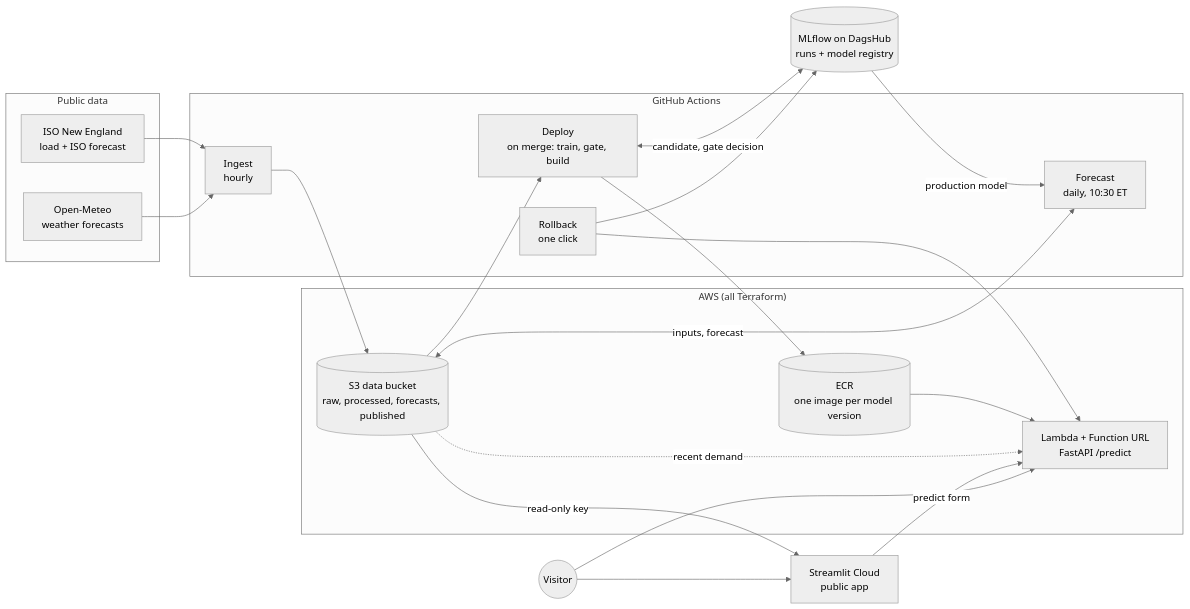
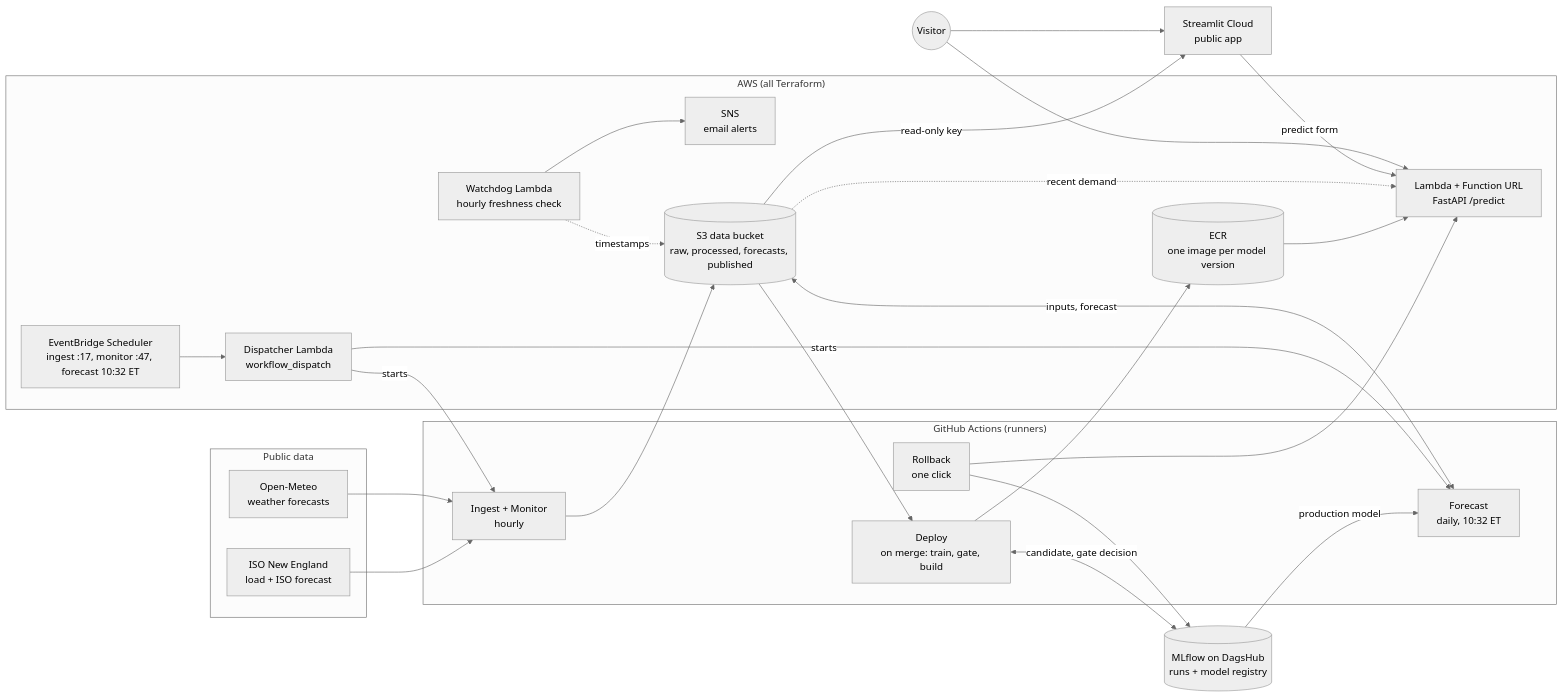
Before and after one commit to vladimir-kazarin/ne-demand-forecast: the first of 3 diagrams in README.md, drawn with Mermaid (neutral theme). The commit also changed other lines of this file and 4 other files, not shown here.

First line of the commit message:
Hand all job scheduling to AWS; remove GitHub cron triggers

````diff
--- a/README.md
+++ b/README.md
@@ -29,41 +29,50 @@
 ```mermaid
 flowchart LR
     subgraph SRC["Public data"]
         ISO["ISO New England<br/>load + ISO forecast"]
         OM["Open-Meteo<br/>weather forecasts"]
     end
 
-    subgraph GH["GitHub Actions"]
-        ING["Ingest<br/>hourly"]
-        FC["Forecast<br/>daily, 10:30 ET"]
+    subgraph GH["GitHub Actions (runners)"]
+        ING["Ingest + Monitor<br/>hourly"]
+        FC["Forecast<br/>daily, 10:32 ET"]
         DEP["Deploy<br/>on merge: train, gate, build"]
         RB["Rollback<br/>one click"]
     end
 
     subgraph AWS["AWS (all Terraform)"]
+        SCHED["EventBridge Scheduler<br/>ingest :17, monitor :47, forecast 10:32 ET"]
+        DISP["Dispatcher Lambda<br/>workflow_dispatch"]
+        WD["Watchdog Lambda<br/>hourly freshness check"]
+        SNS["SNS<br/>email alerts"]
         S3[("S3 data bucket<br/>raw, processed, forecasts, published")]
         ECR[("ECR<br/>one image per model version")]
         API["Lambda + Function URL<br/>FastAPI /predict"]
     end
 
     MLF[("MLflow on DagsHub<br/>runs + model registry")]
     APP["Streamlit Cloud<br/>public app"]
     USER(("Visitor"))
 
+    SCHED --> DISP
+    DISP -->|starts| ING
+    DISP -->|starts| FC
+    WD -.->|timestamps| S3
+    WD --> SNS
     ISO --> ING
     OM --> ING
     ING --> S3
     FC <-->|inputs, forecast| S3
     MLF -->|production model| FC
     S3 --> DEP
     DEP <-->|candidate, gate decision| MLF
     DEP --> ECR
     ECR --> API
     RB --> MLF
     RB --> API
     S3 -.->|recent demand| API
     S3 -->|read-only key| APP
     APP -->|predict form| API
     USER --> APP
     USER --> API
 ```
````
